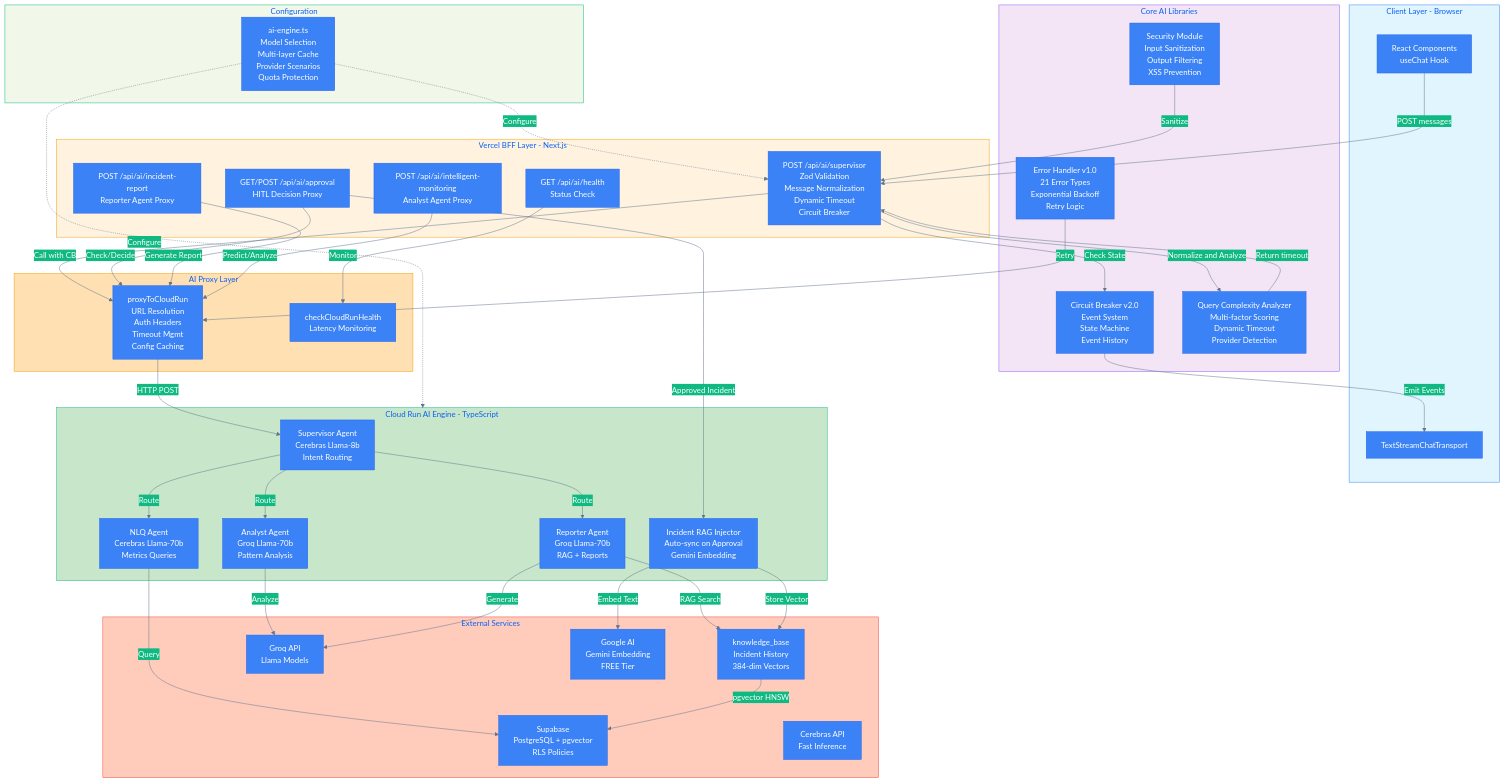
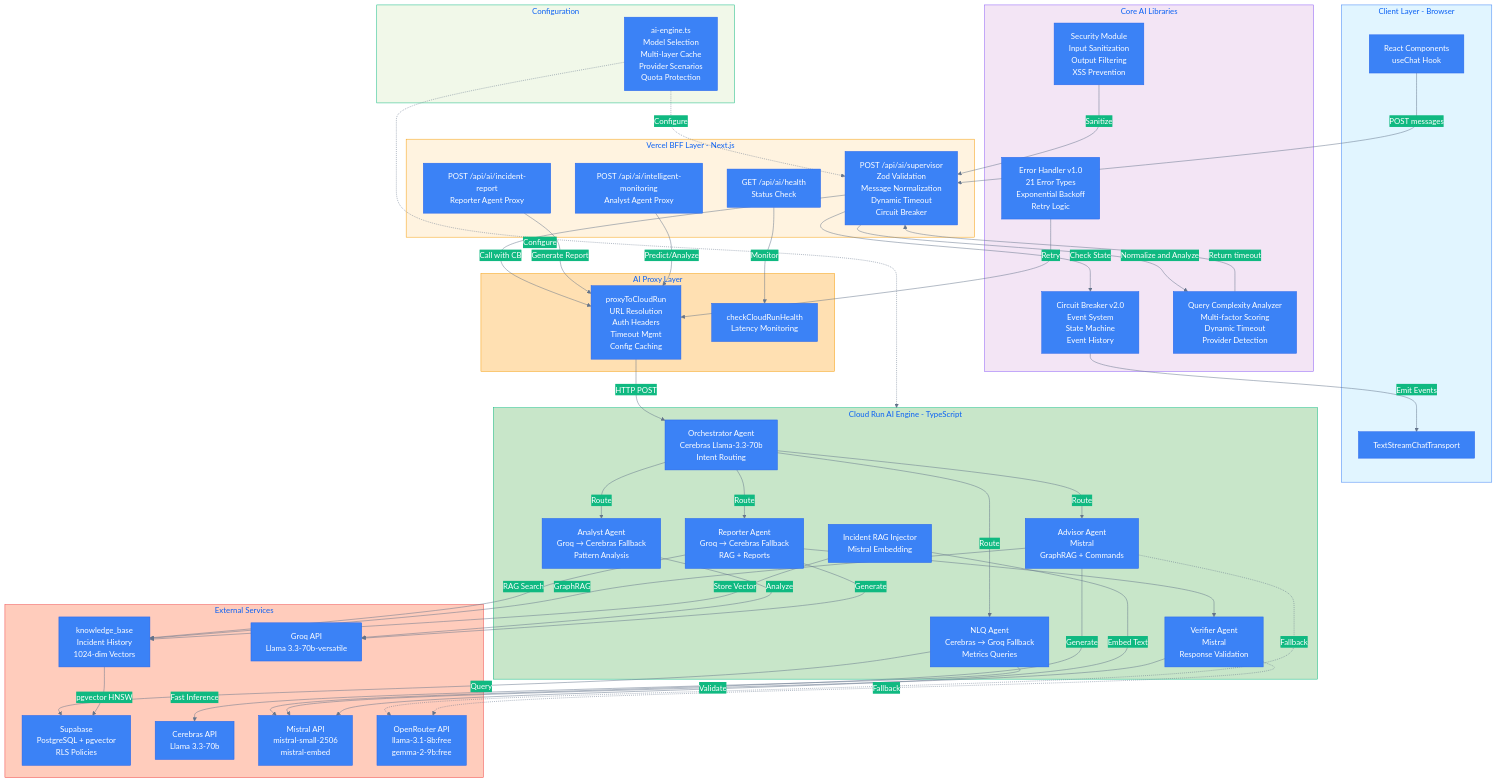
The diagram in docs/reference/architecture/system/ai-engine-architecture.mmd (skyasu2/openmanager-vibe-v5), drawn with Mermaid before and after one commit. The commit also changed 8 other files, not shown here.

First line of the commit message:
feat(ai-engine): add OpenRouter as Advisor/Verifier fallback

```diff
--- a/docs/reference/architecture/system/ai-engine-architecture.mmd
+++ b/docs/reference/architecture/system/ai-engine-architecture.mmd
@@ -1,98 +1,107 @@
 %%{init: {'theme': 'base', 'themeVariables': {
   'primaryColor': '#3b82f6',
   'primaryTextColor': '#fff',
   'primaryBorderColor': '#2563eb',
   'lineColor': '#64748b',
   'secondaryColor': '#10b981',
   'tertiaryColor': '#f59e0b'
 }}}%%
-%% AI Engine Architecture - Updated 2025-12-30
-%% v1.2.0 - RAG Incident Injection 추가
+%% AI Engine Architecture - Updated 2026-01-01
+%% v1.4.0 - OpenRouter added as Mistral fallback
 
 graph TB
     subgraph Client["Client Layer - Browser"]
         React["React Components<br/>useChat Hook"]
         Transport["TextStreamChatTransport"]
     end
 
     subgraph Vercel["Vercel BFF Layer - Next.js"]
         Supervisor["POST /api/ai/supervisor<br/>Zod Validation<br/>Message Normalization<br/>Dynamic Timeout<br/>Circuit Breaker"]
-        Approval["GET/POST /api/ai/approval<br/>HITL Decision Proxy"]
         IncidentReport["POST /api/ai/incident-report<br/>Reporter Agent Proxy"]
         IntelligentMonitor["POST /api/ai/intelligent-monitoring<br/>Analyst Agent Proxy"]
         HealthCheck["GET /api/ai/health<br/>Status Check"]
     end
 
     subgraph Libraries["Core AI Libraries"]
         CBModule["Circuit Breaker v2.0<br/>Event System<br/>State Machine<br/>Event History"]
         QueryAnalyzer["Query Complexity Analyzer<br/>Multi-factor Scoring<br/>Dynamic Timeout<br/>Provider Detection"]
         ErrorHandler["Error Handler v1.0<br/>21 Error Types<br/>Exponential Backoff<br/>Retry Logic"]
         Security["Security Module<br/>Input Sanitization<br/>Output Filtering<br/>XSS Prevention"]
     end
 
     subgraph Proxy["AI Proxy Layer"]
         ProxyModule["proxyToCloudRun<br/>URL Resolution<br/>Auth Headers<br/>Timeout Mgmt<br/>Config Caching"]
         HealthCheck2["checkCloudRunHealth<br/>Latency Monitoring"]
     end
 
     subgraph CloudRun["Cloud Run AI Engine - TypeScript"]
-        SupervisorAgent["Supervisor Agent<br/>Cerebras Llama-8b<br/>Intent Routing"]
-        NLQAgent["NLQ Agent<br/>Cerebras Llama-70b<br/>Metrics Queries"]
-        AnalystAgent["Analyst Agent<br/>Groq Llama-70b<br/>Pattern Analysis"]
-        ReporterAgent["Reporter Agent<br/>Groq Llama-70b<br/>RAG + Reports"]
-        RAGInjector["Incident RAG Injector<br/>Auto-sync on Approval<br/>Gemini Embedding"]
+        SupervisorAgent["Orchestrator Agent<br/>Cerebras Llama-3.3-70b<br/>Intent Routing"]
+        NLQAgent["NLQ Agent<br/>Cerebras → Groq Fallback<br/>Metrics Queries"]
+        AnalystAgent["Analyst Agent<br/>Groq → Cerebras Fallback<br/>Pattern Analysis"]
+        ReporterAgent["Reporter Agent<br/>Groq → Cerebras Fallback<br/>RAG + Reports"]
+        AdvisorAgent["Advisor Agent<br/>Mistral<br/>GraphRAG + Commands"]
+        Verifier["Verifier Agent<br/>Mistral<br/>Response Validation"]
+        RAGInjector["Incident RAG Injector<br/>Mistral Embedding"]
     end
 
     subgraph External["External Services"]
         Supabase["Supabase<br/>PostgreSQL + pgvector<br/>RLS Policies"]
-        KnowledgeBase["knowledge_base<br/>Incident History<br/>384-dim Vectors"]
-        GroqAPI["Groq API<br/>Llama Models"]
-        CerebrasAPI["Cerebras API<br/>Fast Inference"]
-        GoogleAI["Google AI<br/>Gemini Embedding<br/>FREE Tier"]
+        KnowledgeBase["knowledge_base<br/>Incident History<br/>1024-dim Vectors"]
+        GroqAPI["Groq API<br/>Llama 3.3-70b-versatile"]
+        CerebrasAPI["Cerebras API<br/>Llama 3.3-70b"]
+        MistralAPI["Mistral API<br/>mistral-small-2506<br/>mistral-embed"]
+        OpenRouterAPI["OpenRouter API<br/>llama-3.1-8b:free<br/>gemma-2-9b:free"]
     end
 
     subgraph Config["Configuration"]
         AIEngineConfig["ai-engine.ts<br/>Model Selection<br/>Multi-layer Cache<br/>Provider Scenarios<br/>Quota Protection"]
     end
 
     React -->|POST messages| Supervisor
     Supervisor -->|Normalize and Analyze| QueryAnalyzer
     QueryAnalyzer -->|Return timeout| Supervisor
     Supervisor -->|Check State| CBModule
     Supervisor -->|Call with CB| ProxyModule
 
-    Approval -->|Check/Decide| ProxyModule
     IncidentReport -->|Generate Report| ProxyModule
     IntelligentMonitor -->|Predict/Analyze| ProxyModule
     HealthCheck -->|Monitor| HealthCheck2
 
     ProxyModule -->|HTTP POST| SupervisorAgent
     SupervisorAgent -->|Route| NLQAgent
     SupervisorAgent -->|Route| AnalystAgent
     SupervisorAgent -->|Route| ReporterAgent
+    SupervisorAgent -->|Route| AdvisorAgent
 
     NLQAgent -->|Query| Supabase
+    NLQAgent -->|Fast Inference| CerebrasAPI
     AnalystAgent -->|Analyze| GroqAPI
     ReporterAgent -->|RAG Search| KnowledgeBase
     ReporterAgent -->|Generate| GroqAPI
+    AdvisorAgent -->|GraphRAG| KnowledgeBase
+    AdvisorAgent -->|Generate| MistralAPI
+    AdvisorAgent -.->|Fallback| OpenRouterAPI
+
+    ReporterAgent --> Verifier
+    Verifier -->|Validate| MistralAPI
+    Verifier -.->|Fallback| OpenRouterAPI
 
     %% RAG Injection Flow
-    Approval -->|Approved Incident| RAGInjector
-    RAGInjector -->|Embed Text| GoogleAI
+    RAGInjector -->|Embed Text| MistralAPI
     RAGInjector -->|Store Vector| KnowledgeBase
     KnowledgeBase -->|pgvector HNSW| Supabase
 
     CBModule -->|Emit Events| Transport
     ErrorHandler -->|Retry| ProxyModule
     Security -->|Sanitize| Supervisor
 
     AIEngineConfig -.->|Configure| Supervisor
     AIEngineConfig -.->|Configure| CloudRun
 
     style Client fill:#e1f5ff,stroke:#3b82f6
     style Vercel fill:#fff3e0,stroke:#f59e0b
     style Libraries fill:#f3e5f5,stroke:#8b5cf6
     style Proxy fill:#ffe0b2,stroke:#f59e0b
     style CloudRun fill:#c8e6c9,stroke:#10b981
     style External fill:#ffccbc,stroke:#ef4444
     style Config fill:#f1f8e9,stroke:#10b981
```
